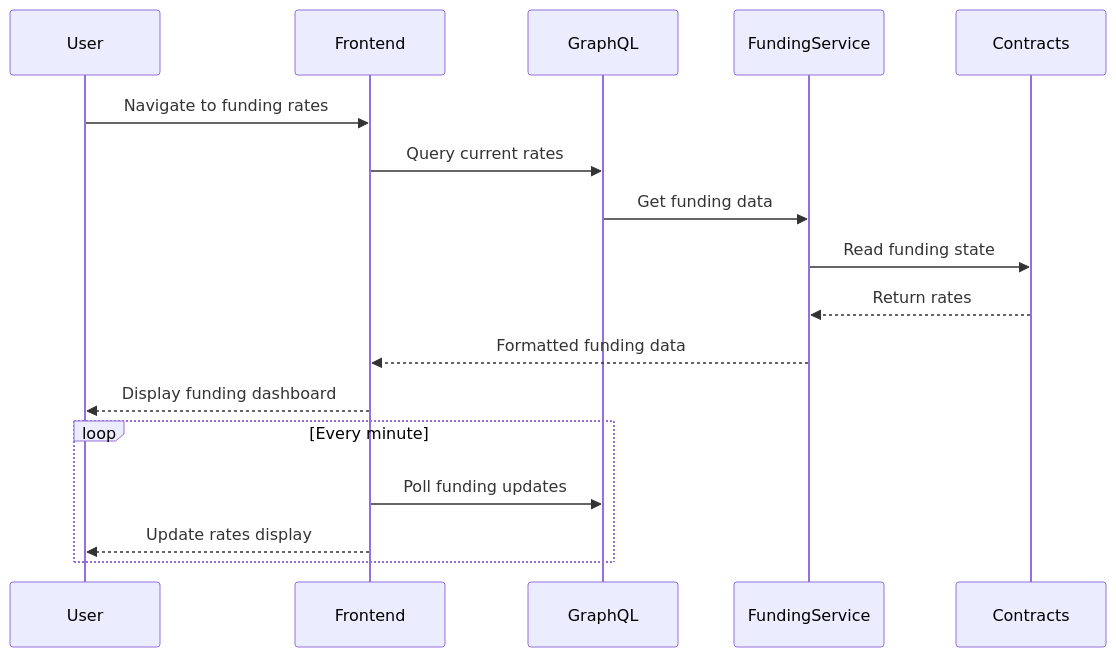
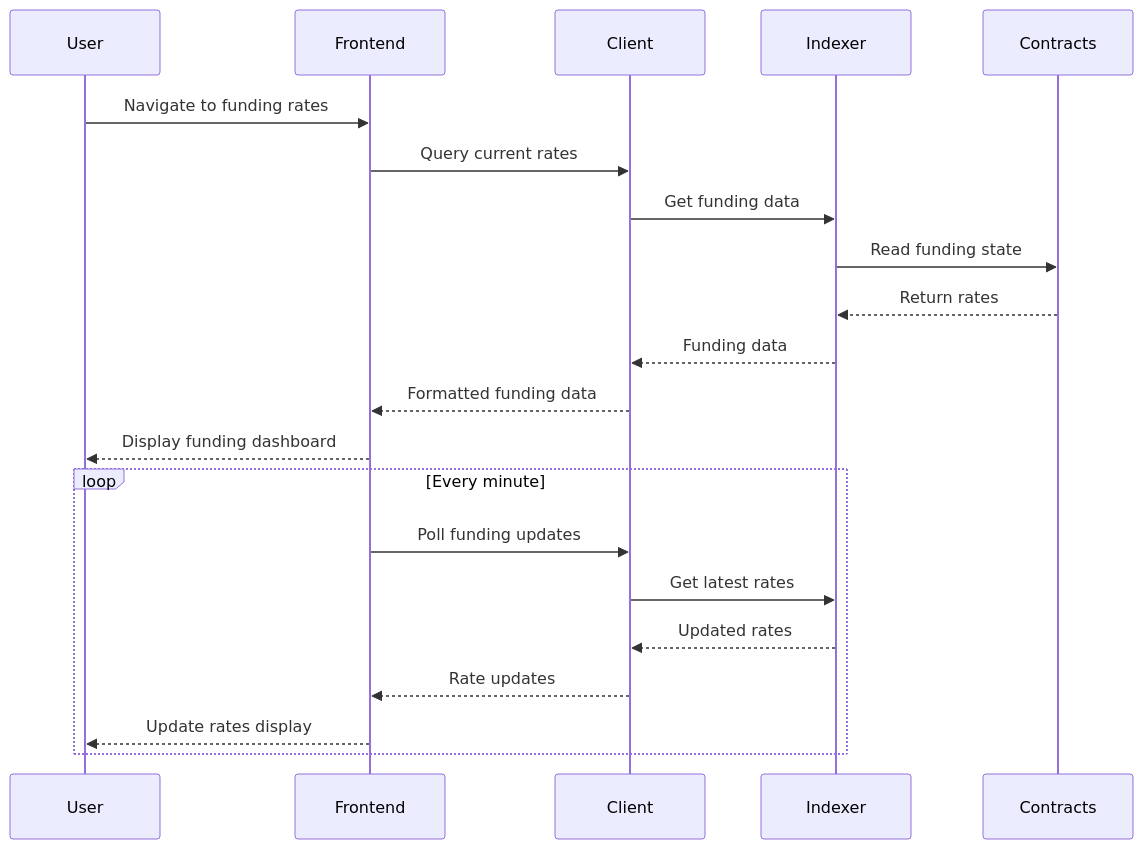
Before and after one commit to dydxprotocol/v4-web: the ninth of 15 diagrams in project-stories-breakdown-reorganized.md, drawn with Mermaid. The commit also changed other lines of this file, not shown here.

````diff
--- a/project-stories-breakdown-reorganized.md
+++ b/project-stories-breakdown-reorganized.md
@@ -1429,21 +1129,25 @@
 ```mermaid
 sequenceDiagram
     participant User
     participant Frontend
-    participant GraphQL
-    participant FundingService
+    participant Client
+    participant Indexer
     participant Contracts
     
     User->>Frontend: Navigate to funding rates
-    Frontend->>GraphQL: Query current rates
-    GraphQL->>FundingService: Get funding data
-    FundingService->>Contracts: Read funding state
-    Contracts-->>FundingService: Return rates
-    FundingService-->>Frontend: Formatted funding data
+    Frontend->>Client: Query current rates
+    Client->>Indexer: Get funding data
+    Indexer->>Contracts: Read funding state
+    Contracts-->>Indexer: Return rates
+    Indexer-->>Client: Funding data
+    Client-->>Frontend: Formatted funding data
     Frontend-->>User: Display funding dashboard
     
     loop Every minute
-        Frontend->>GraphQL: Poll funding updates
+        Frontend->>Client: Poll funding updates
+        Client->>Indexer: Get latest rates
+        Indexer-->>Client: Updated rates
+        Client-->>Frontend: Rate updates
         Frontend-->>User: Update rates display
     end
 ```
````
